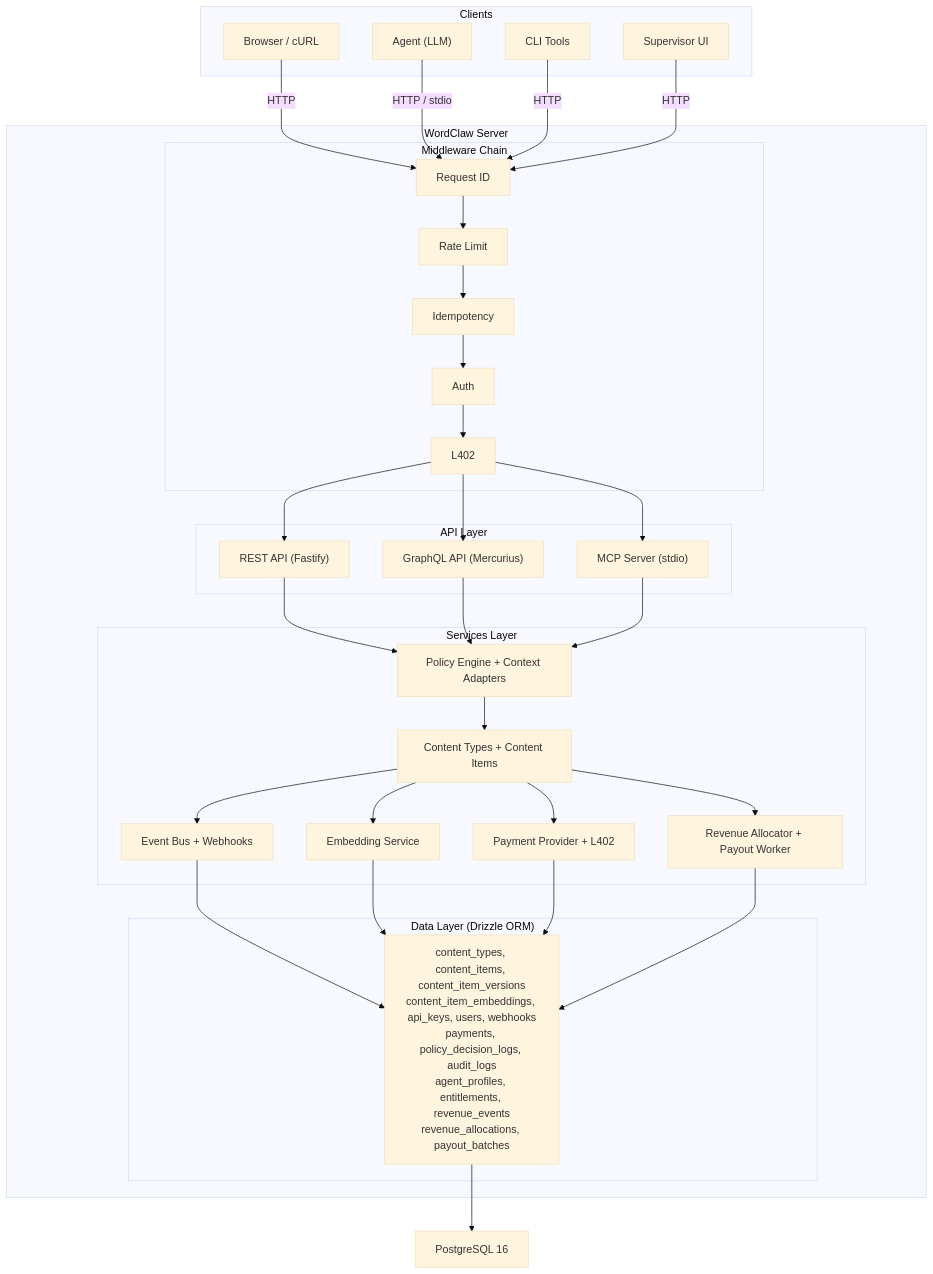
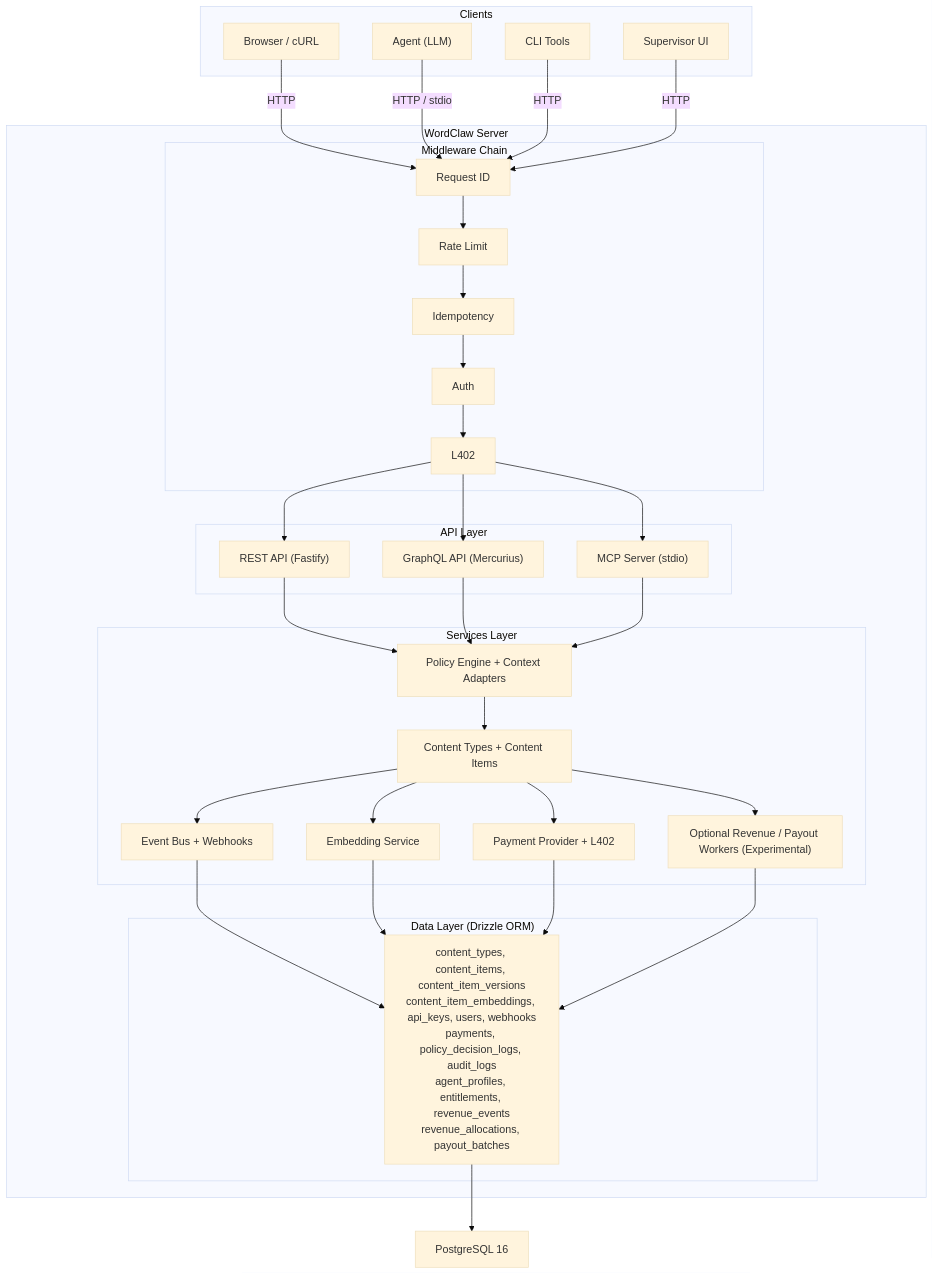
The first of 3 diagrams in doc/reference/architecture.md (dligthart/wordclaw), drawn with Mermaid (base theme) before and after one commit. The commit also changed other lines of this file and 8 other files, not shown here.

````diff
--- a/doc/reference/architecture.md
+++ b/doc/reference/architecture.md
@@ -7,56 +7,56 @@
 ```mermaid
 flowchart TB
   subgraph Clients
     Browser["Browser / cURL"]
     Agent["Agent (LLM)"]
     CLI["CLI Tools"]
     Supervisor["Supervisor UI"]
   end
 
   subgraph WordClaw["WordClaw Server"]
     subgraph Middleware["Middleware Chain"]
       RequestId["Request ID"] --> RateLimit["Rate Limit"] --> Idempotency["Idempotency"] --> Auth["Auth"] --> L402["L402"]
     end
 
     subgraph APIs["API Layer"]
       REST["REST API (Fastify)"]
       GraphQL["GraphQL API (Mercurius)"]
       MCP["MCP Server (stdio)"]
     end
 
     subgraph Services["Services Layer"]
       Policy["Policy Engine + Context Adapters"]
       Content["Content Types + Content Items"]
       Events["Event Bus + Webhooks"]
       Embeddings["Embedding Service"]
       Payments["Payment Provider + L402"]
-      Revenue["Revenue Allocator + Payout Worker"]
+      Revenue["Optional Revenue / Payout Workers (Experimental)"]
     end
 
     subgraph Data["Data Layer (Drizzle ORM)"]
       Tables["content_types, content_items, content_item_versions<br/>content_item_embeddings, api_keys, users, webhooks<br/>payments, policy_decision_logs, audit_logs<br/>agent_profiles, entitlements, revenue_events<br/>revenue_allocations, payout_batches"]
     end
 
     L402 --> REST
     L402 --> GraphQL
     L402 --> MCP
     REST --> Policy
     GraphQL --> Policy
     MCP --> Policy
     Policy --> Content
     Content --> Events
     Content --> Embeddings
     Content --> Payments
     Content --> Revenue
     Events --> Tables
     Embeddings --> Tables
     Payments --> Tables
     Revenue --> Tables
   end
 
   Browser -->|HTTP| RequestId
   Agent -->|HTTP / stdio| RequestId
   CLI -->|HTTP| RequestId
   Supervisor -->|HTTP| RequestId
   Tables --> Postgres["PostgreSQL 16"]
 ```
````
